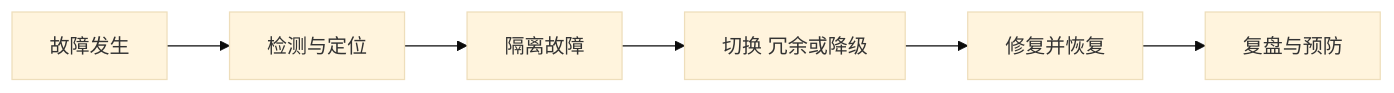
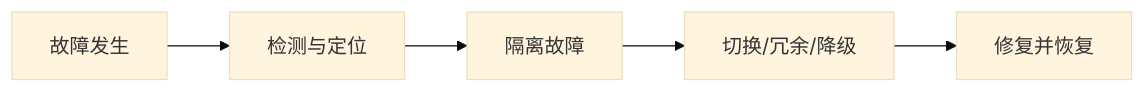
One commit to 74262195/system-architect-notes changed the diagram in 01_综合知识/04_系统质量属性与架构评估/01_质量属性/可靠性与可用性.md. Above: the diagram before and after it, drawn with Mermaid (base theme). The commit also changed other lines of this file and 14 other files, not shown here.

Commit message:
docs: complete quality and architecture review cards

````diff
--- a/01_综合知识/04_系统质量属性与架构评估/01_质量属性/可靠性与可用性.md
+++ b/01_综合知识/04_系统质量属性与架构评估/01_质量属性/可靠性与可用性.md
@@ -54,8 +46,7 @@
-~~~mermaid
+```mermaid
 flowchart LR
     A[故障发生] --> B[检测与定位]
     B --> C[隔离故障]
-    C --> D[切换 冗余或降级]
+    C --> D[切换/冗余/降级]
     D --> E[修复并恢复]
-    E --> F[复盘与预防]
-~~~
+```
````
